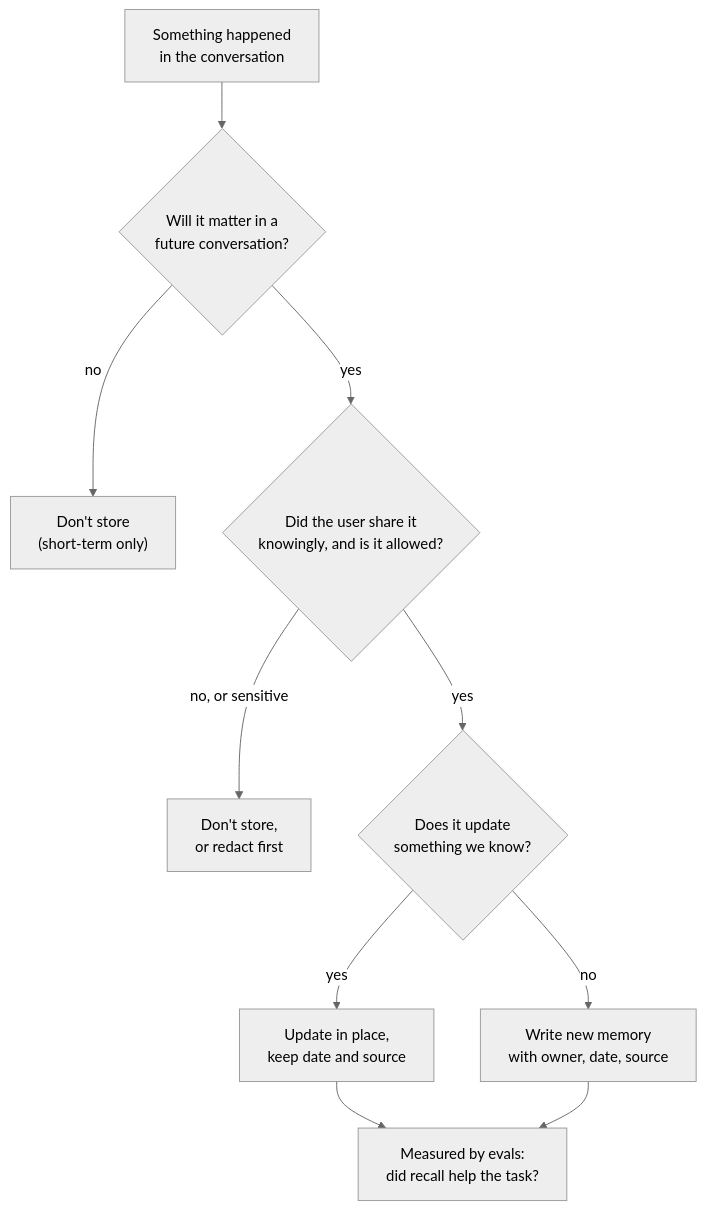
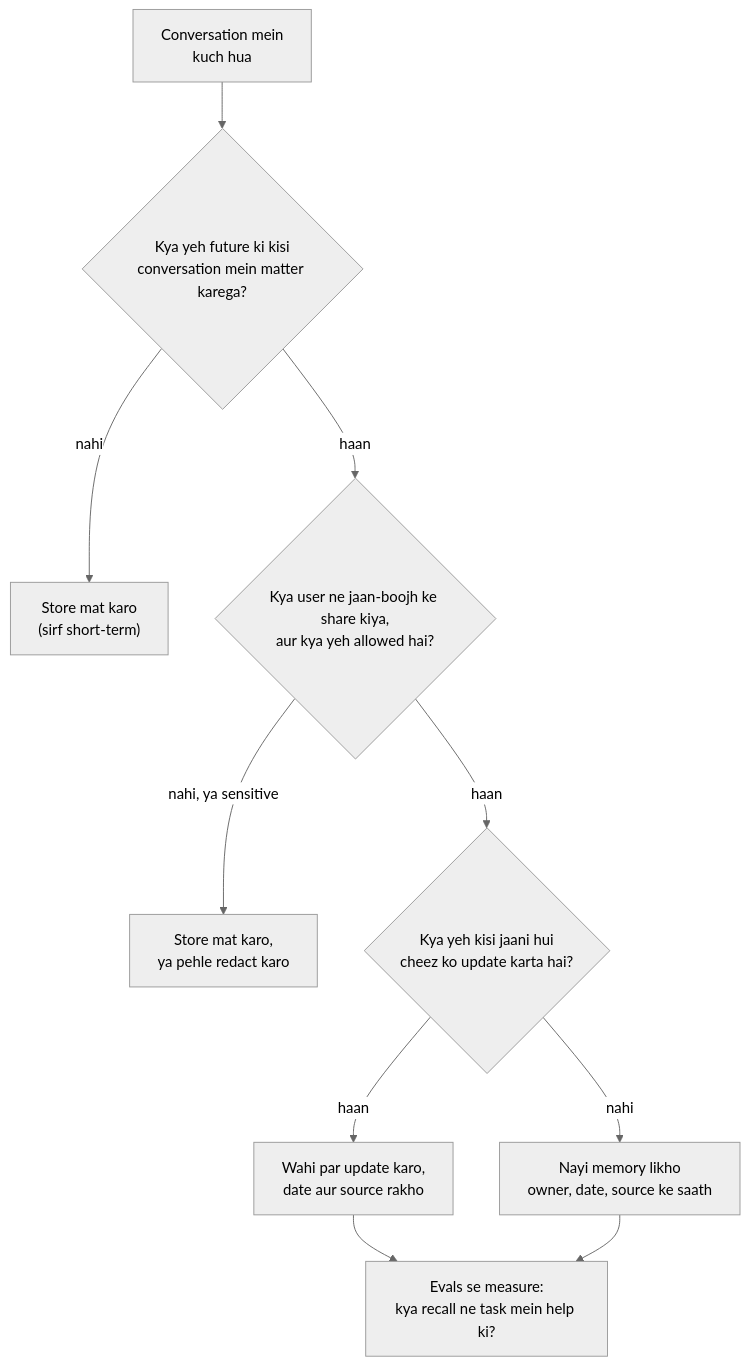
The diagram in docs/05-memory/05.5-memory-design-trade-offs.md (asmustechno/agentic-ai-notes), drawn with Mermaid (neutral theme) before and after one commit. The commit also changed other lines of this file and 135 other files, not shown here.

````diff
--- a/docs/05-memory/05.5-memory-design-trade-offs.md
+++ b/docs/05-memory/05.5-memory-design-trade-offs.md
@@ -46,12 +46,12 @@
 ```mermaid
 flowchart TD
-    I["Something happened<br/>in the conversation"] --> Q1{"Will it matter in a<br/>future conversation?"}
-    Q1 -->|"no"| X["Don't store<br/>(short-term only)"]
-    Q1 -->|"yes"| Q2{"Did the user share it<br/>knowingly, and is it allowed?"}
-    Q2 -->|"no, or sensitive"| R["Don't store,<br/>or redact first"]
-    Q2 -->|"yes"| Q3{"Does it update<br/>something we know?"}
-    Q3 -->|"yes"| U["Update in place,<br/>keep date and source"]
-    Q3 -->|"no"| W["Write new memory<br/>with owner, date, source"]
-    U --> E["Measured by evals:<br/>did recall help the task?"]
+    I["Conversation mein<br/>kuch hua"] --> Q1{"Kya yeh future ki kisi<br/>conversation mein matter karega?"}
+    Q1 -->|"nahi"| X["Store mat karo<br/>(sirf short-term)"]
+    Q1 -->|"haan"| Q2{"Kya user ne jaan-boojh ke share kiya,<br/>aur kya yeh allowed hai?"}
+    Q2 -->|"nahi, ya sensitive"| R["Store mat karo,<br/>ya pehle redact karo"]
+    Q2 -->|"haan"| Q3{"Kya yeh kisi jaani hui<br/>cheez ko update karta hai?"}
+    Q3 -->|"haan"| U["Wahi par update karo,<br/>date aur source rakho"]
+    Q3 -->|"nahi"| W["Nayi memory likho<br/>owner, date, source ke saath"]
+    U --> E["Evals se measure:<br/>kya recall ne task mein help ki?"]
     W --> E
 ```
````
